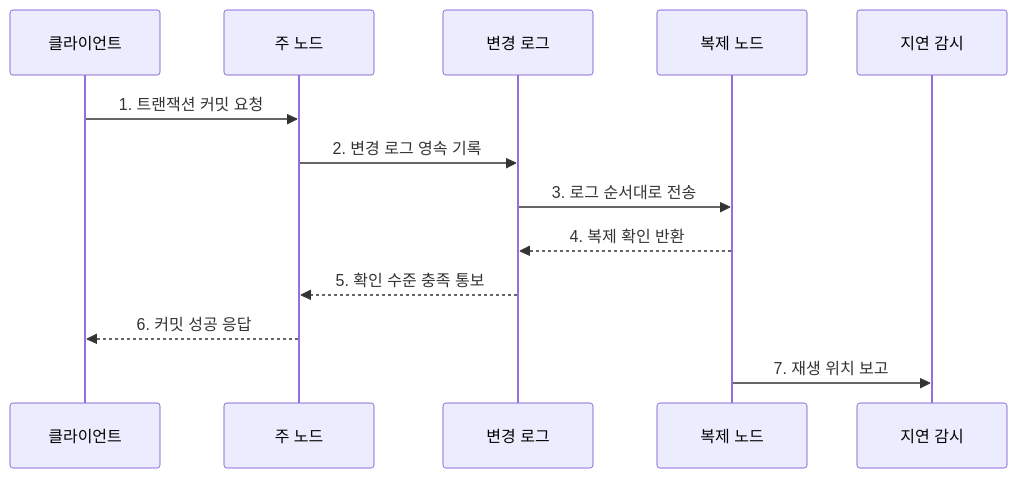
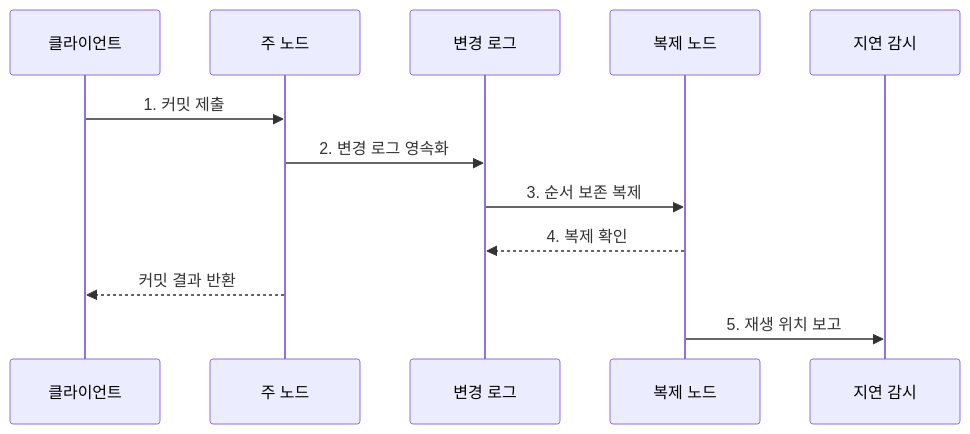
Before and after one commit to agnusdei1207/knowledge-base: the second of 2 diagrams in src/content/docs/notes/03-software/100_database_replication.md, drawn with Mermaid. The commit also changed other lines of this file and 238 other files, not shown here.

````diff
--- a/src/content/docs/notes/03-software/100_database_replication.md
+++ b/src/content/docs/notes/03-software/100_database_replication.md
@@ -77,15 +77,14 @@
 ```mermaid
 sequenceDiagram
     participant C as 클라이언트
     participant P as 주 노드
     participant L as 변경 로그
     participant R as 복제 노드
     participant M as 지연 감시
-    C->>P: 1. 트랜잭션 커밋 요청
-    P->>L: 2. 변경 로그 영속 기록
-    L->>R: 3. 로그 순서대로 전송
-    R-->>L: 4. 복제 확인 반환
-    L-->>P: 5. 확인 수준 충족 통보
-    P-->>C: 6. 커밋 성공 응답
-    R->>M: 7. 재생 위치 보고
+    C->>P: 1. 커밋 제출
+    P->>L: 2. 변경 로그 영속화
+    L->>R: 3. 순서 보존 복제
+    R-->>L: 4. 복제 확인
+    P-->>C: 커밋 결과 반환
+    R->>M: 5. 재생 위치 보고
 ```
````
